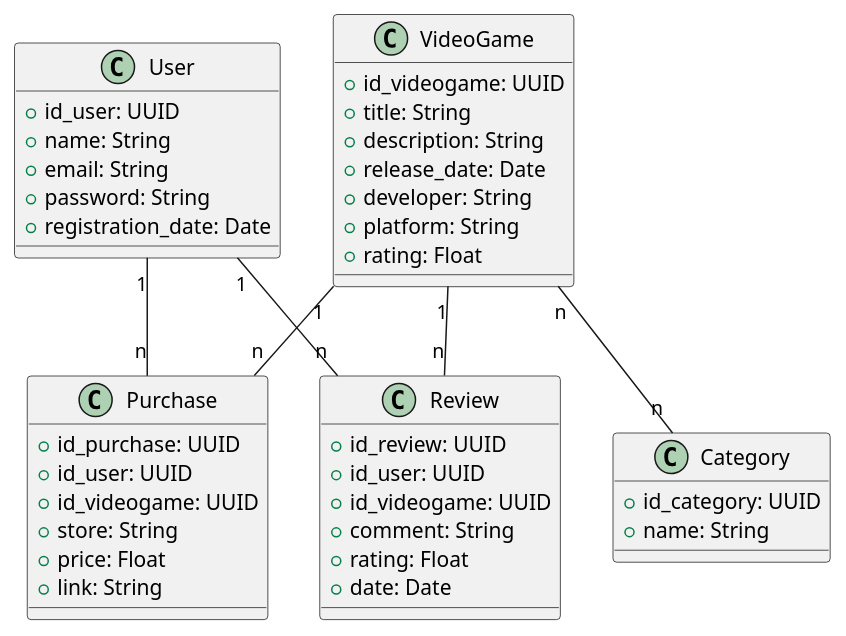
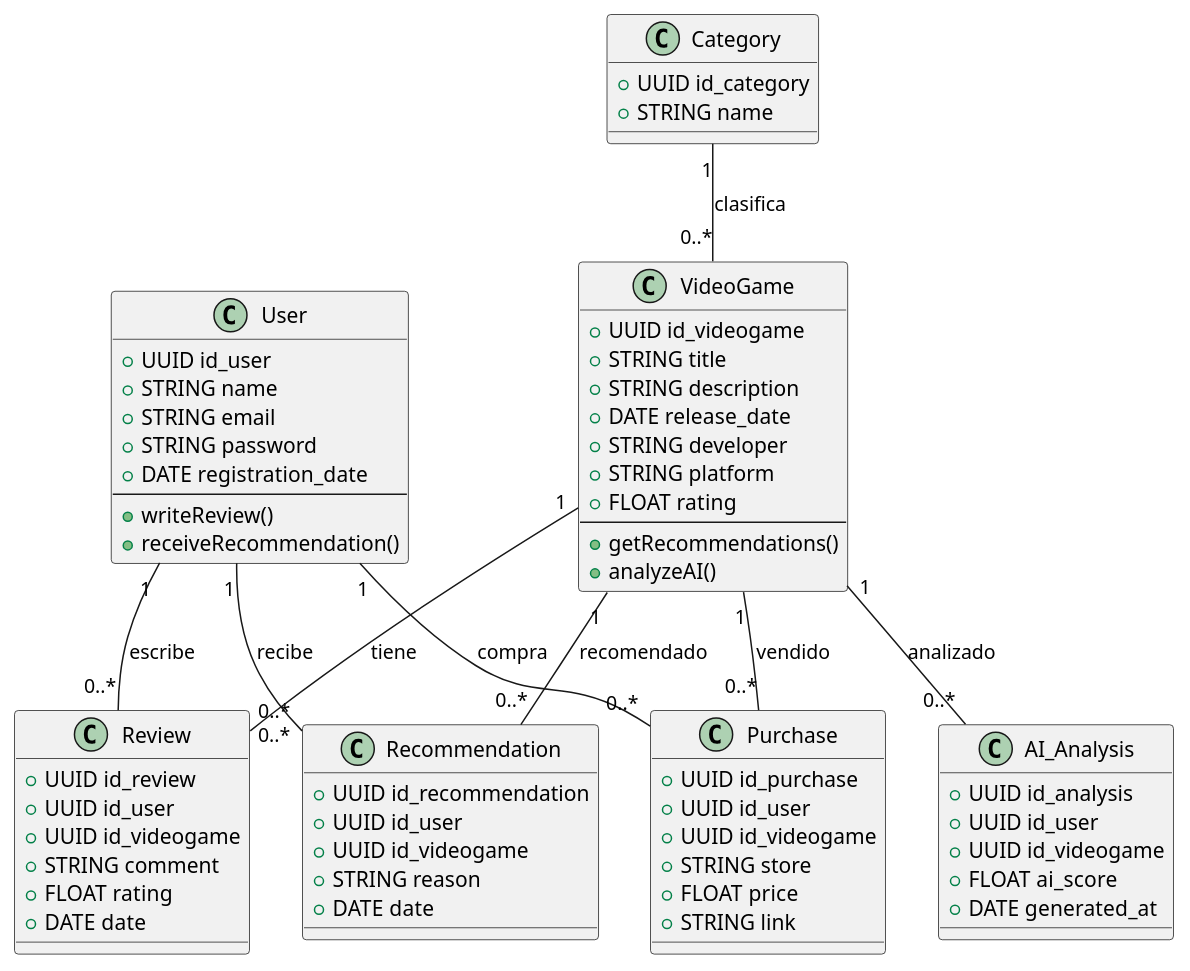
Before and after one commit to Ivannunezrodriguez/Proyecto_Unir: the diagram in BBDD/UML.puml, drawn with PlantUML. The commit also changed 80 other files, not shown here.

```diff
--- a/BBDD/UML.puml
+++ b/BBDD/UML.puml
@@ -1,48 +1,76 @@
 @startuml
+
 class User {
-  + id_user: UUID
-  + name: String
-  + email: String
-  + password: String
-  + registration_date: Date
+    + UUID id_user
+    + STRING name
+    + STRING email
+    + STRING password
+    + DATE registration_date
+    --
+    + writeReview()
+    + receiveRecommendation()
 }
 
 class VideoGame {
-  + id_videogame: UUID
-  + title: String
-  + description: String
-  + release_date: Date
-  + developer: String
-  + platform: String
-  + rating: Float
+    + UUID id_videogame
+    + STRING title
+    + STRING description
+    + DATE release_date
+    + STRING developer
+    + STRING platform
+    + FLOAT rating
+    --
+    + getRecommendations()
+    + analyzeAI()
 }
 
 class Category {
-  + id_category: UUID
-  + name: String
+    + UUID id_category
+    + STRING name
 }
 
 class Review {
-  + id_review: UUID
-  + id_user: UUID
-  + id_videogame: UUID
-  + comment: String
-  + rating: Float
-  + date: Date
+    + UUID id_review
+    + UUID id_user
+    + UUID id_videogame
+    + STRING comment
+    + FLOAT rating
+    + DATE date
+}
+
+class Recommendation {
+    + UUID id_recommendation
+    + UUID id_user
+    + UUID id_videogame
+    + STRING reason
+    + DATE date
 }
 
 class Purchase {
-  + id_purchase: UUID
-  + id_user: UUID
-  + id_videogame: UUID
-  + store: String
-  + price: Float
-  + link: String
+    + UUID id_purchase
+    + UUID id_user
+    + UUID id_videogame
+    + STRING store
+    + FLOAT price
+    + STRING link
 }
 
-User "1" -- "n" Review
-User "1" -- "n" Purchase
-VideoGame "1" -- "n" Review
-VideoGame "n" -- "n" Category
-VideoGame "1" -- "n" Purchase
+class AI_Analysis {
+    + UUID id_analysis
+    + UUID id_user
+    + UUID id_videogame
+    + FLOAT ai_score
+    + DATE generated_at
+}
+
+' Relaciones
+User "1" -- "0..*" Review : escribe
+User "1" -- "0..*" Recommendation : recibe
+User "1" -- "0..*" Purchase : compra
+VideoGame "1" -- "0..*" Review : tiene
+VideoGame "1" -- "0..*" Recommendation : recomendado
+VideoGame "1" -- "0..*" Purchase : vendido
+VideoGame "1" -- "0..*" AI_Analysis : analizado
+Category "1" -- "0..*" VideoGame : clasifica
+
 @enduml
```
